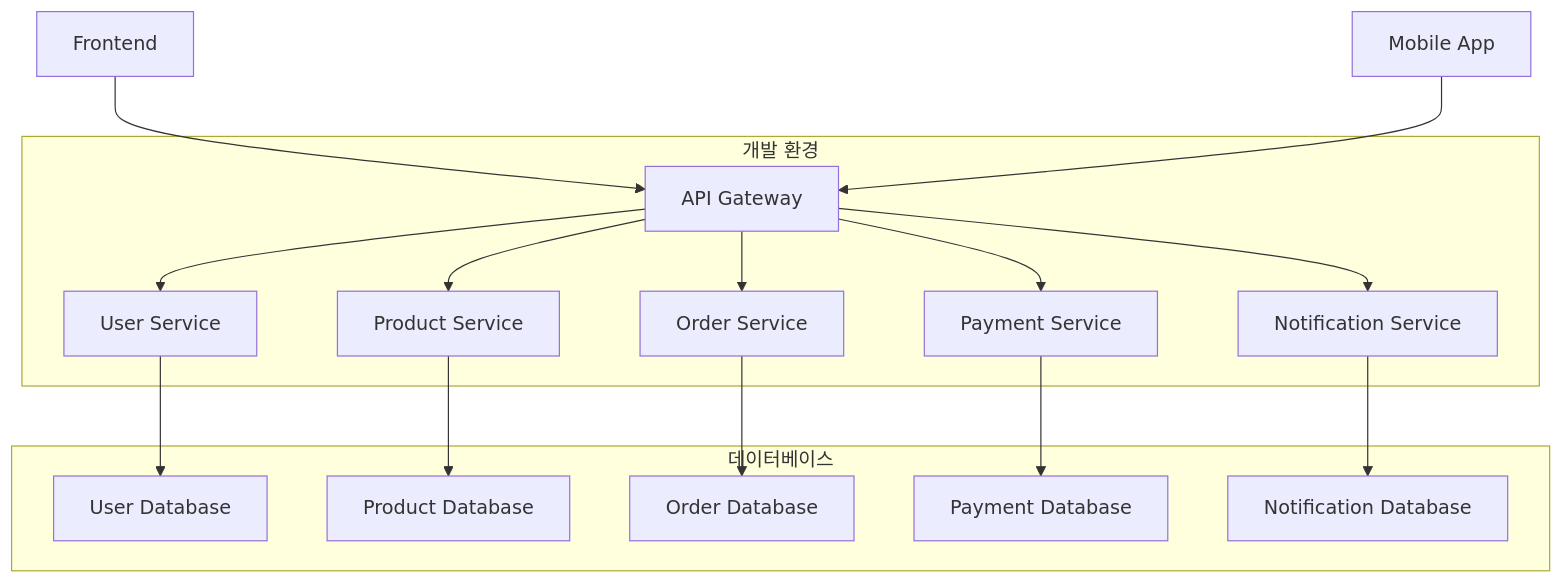
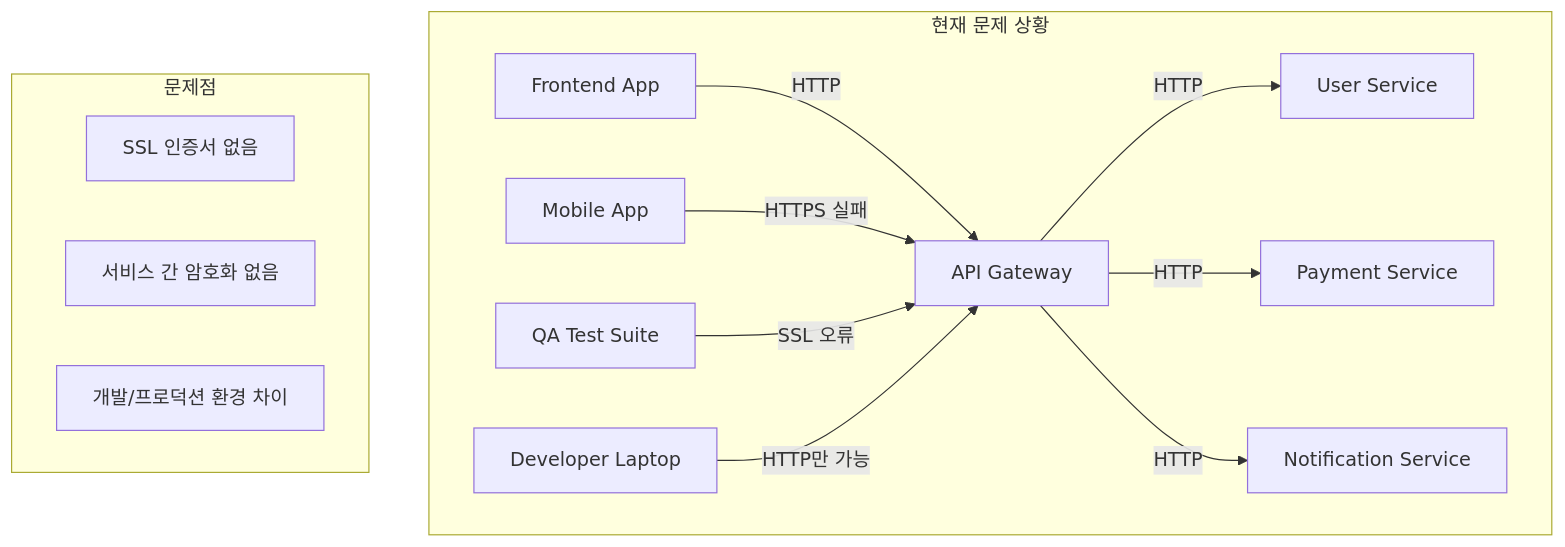
Before and after one commit to britko/certificate-tutorial: the diagram in docs/08-practical-scenarios.md, drawn with Mermaid. The commit also changed other lines of this file, not shown here.

````diff
--- a/docs/08-practical-scenarios.md
+++ b/docs/08-practical-scenarios.md
@@ -17,34 +76,20 @@
 ```mermaid
 graph TB
-    A[API Gateway] --> B[User Service]
-    A --> C[Product Service]
-    A --> D[Order Service]
-    A --> E[Payment Service]
-    A --> F[Notification Service]
-    
-    B --> G[User Database]
-    C --> H[Product Database]
-    D --> I[Order Database]
-    E --> J[Payment Database]
-    F --> K[Notification Database]
-    
-    L[Frontend] --> A
-    M[Mobile App] --> A
-    
-    subgraph "개발 환경"
-        A
-        B
-        C
-        D
-        E
-        F
+    subgraph "현재 문제 상황"
+        A[Frontend App] -->|HTTP| B[API Gateway]
+        B -->|HTTP| C[User Service]
+        B -->|HTTP| D[Payment Service]
+        B -->|HTTP| E[Notification Service]
+        
+        F[Mobile App] -->|HTTPS 실패| B
+        G[QA Test Suite] -->|SSL 오류| B
+        
+        H[Developer Laptop] -->|HTTP만 가능| B
     end
     
-    subgraph "데이터베이스"
-        G
-        H
-        I
-        J
-        K
+    subgraph "문제점"
+        I[SSL 인증서 없음]
+        J[서비스 간 암호화 없음]
+        K[개발/프로덕션 환경 차이]
     end
 ```
````
